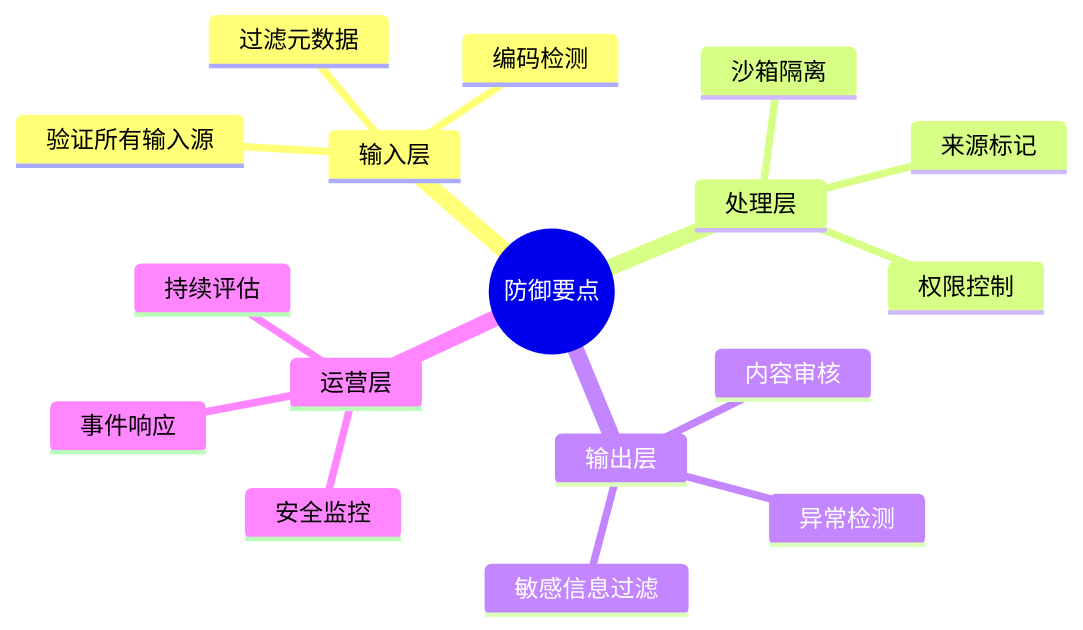
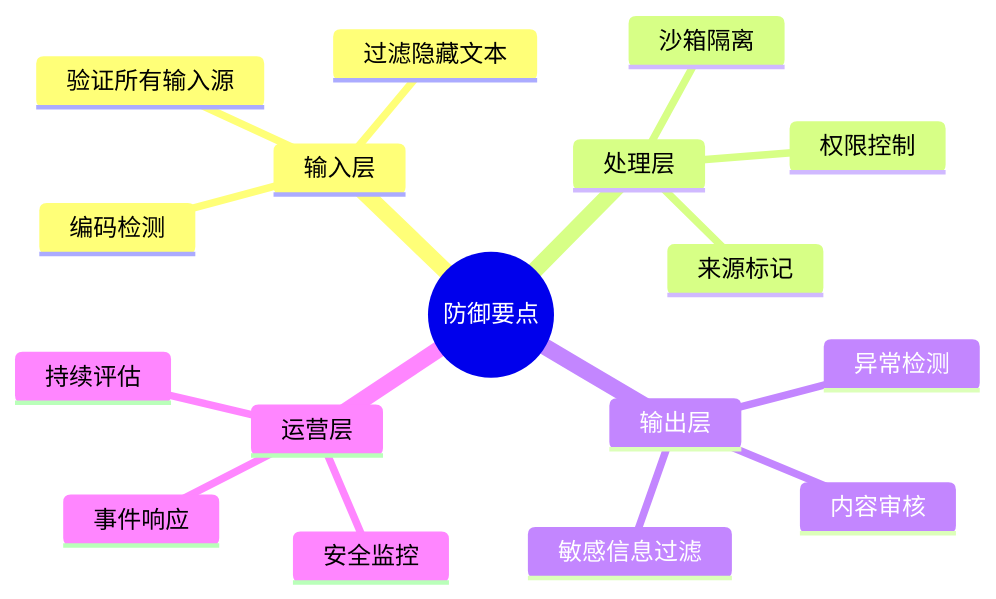
One commit to yeasy/ai_security_guide changed the fifth of 5 diagrams in 04_prompt_injection/4.4_case_studies.md. Above: the diagram before and after it, drawn with Mermaid. The commit also changed other lines of this file and 57 other files, not shown here.

````diff
--- a/04_prompt_injection/4.4_case_studies.md
+++ b/04_prompt_injection/4.4_case_studies.md
@@ -363,20 +365,20 @@
 ```mermaid
 mindmap
   root((防御要点))
     输入层
       验证所有输入源
-      过滤元数据
+      过滤隐藏文本
       编码检测
     处理层
       来源标记
       权限控制
       沙箱隔离
     输出层
       内容审核
       敏感信息过滤
       异常检测
     运营层
       安全监控
       事件响应
       持续评估
 ```
````
